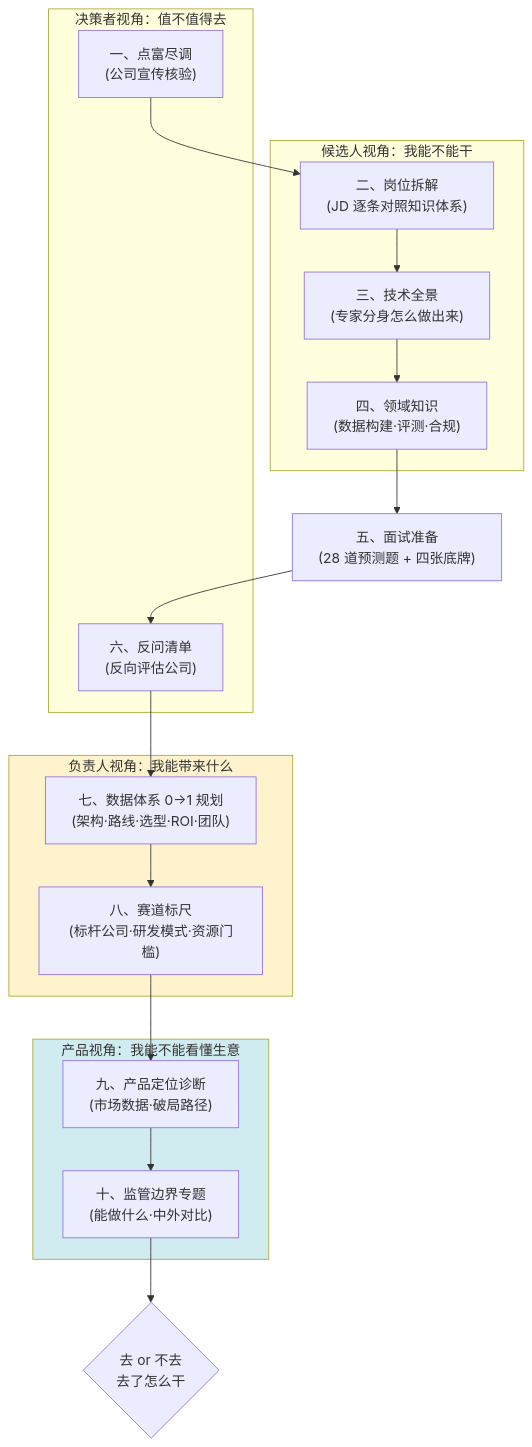
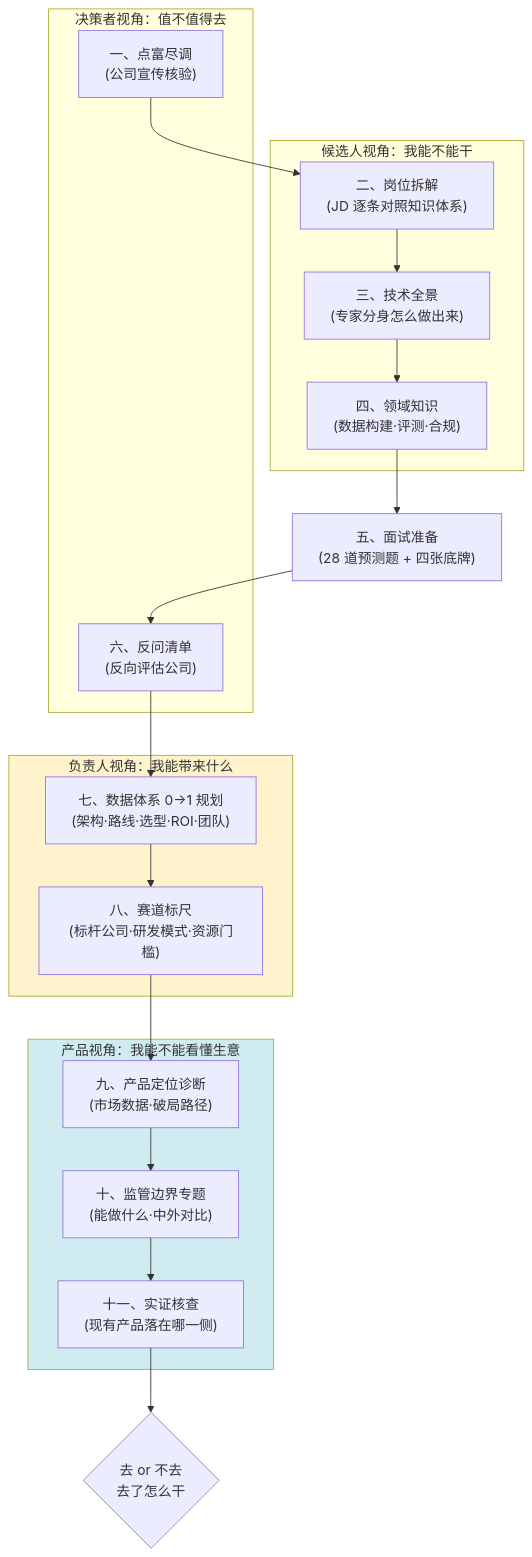
One commit to LiPingjiang/Full-Stack-Knowledge-Book changed the first of 25 diagrams in part7-ai-engineering/12-案例-点富科技大模型数据评测岗.md. Above: the diagram before and after it, drawn with Mermaid. The commit also changed other lines of this file and 2 other files, not shown here.

````diff
--- a/part7-ai-engineering/12-案例-点富科技大模型数据评测岗.md
+++ b/part7-ai-engineering/12-案例-点富科技大模型数据评测岗.md
@@ -32,27 +32,28 @@
 ```mermaid
 flowchart TD
     subgraph S1["候选人视角：我能不能干"]
         B["二、岗位拆解<br/>(JD 逐条对照知识体系)"]
         C["三、技术全景<br/>(专家分身怎么做出来)"]
         D["四、领域知识<br/>(数据构建·评测·合规)"]
     end
     subgraph S2["决策者视角：值不值得去"]
         A["一、点富尽调<br/>(公司宣传核验)"]
         F["六、反问清单<br/>(反向评估公司)"]
     end
     subgraph S3["负责人视角：我能带来什么"]
         G["七、数据体系 0→1 规划<br/>(架构·路线·选型·ROI·团队)"]
         I["八、赛道标尺<br/>(标杆公司·研发模式·资源门槛)"]
     end
     subgraph S4["产品视角：我能不能看懂生意"]
         J["九、产品定位诊断<br/>(市场数据·破局路径)"]
         K["十、监管边界专题<br/>(能做什么·中外对比)"]
+        L["十一、实证核查<br/>(现有产品落在哪一侧)"]
     end
 
     A --> B --> C --> D --> E["五、面试准备<br/>(28 道预测题 + 四张底牌)"]
-    E --> F --> G --> I --> J --> K
-    K --> H{"去 or 不去<br/>去了怎么干"}
+    E --> F --> G --> I --> J --> K --> L
+    L --> H{"去 or 不去<br/>去了怎么干"}
 
     style S3 fill:#fff3cd
     style S4 fill:#d1ecf1
 ```
````
